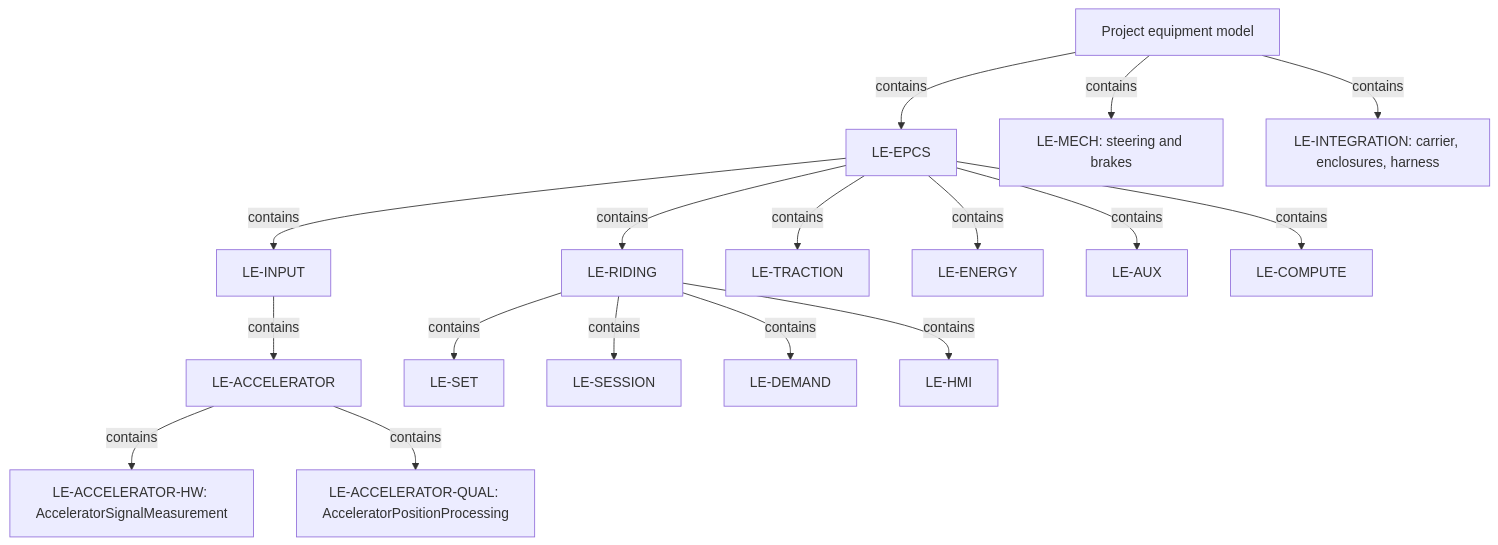
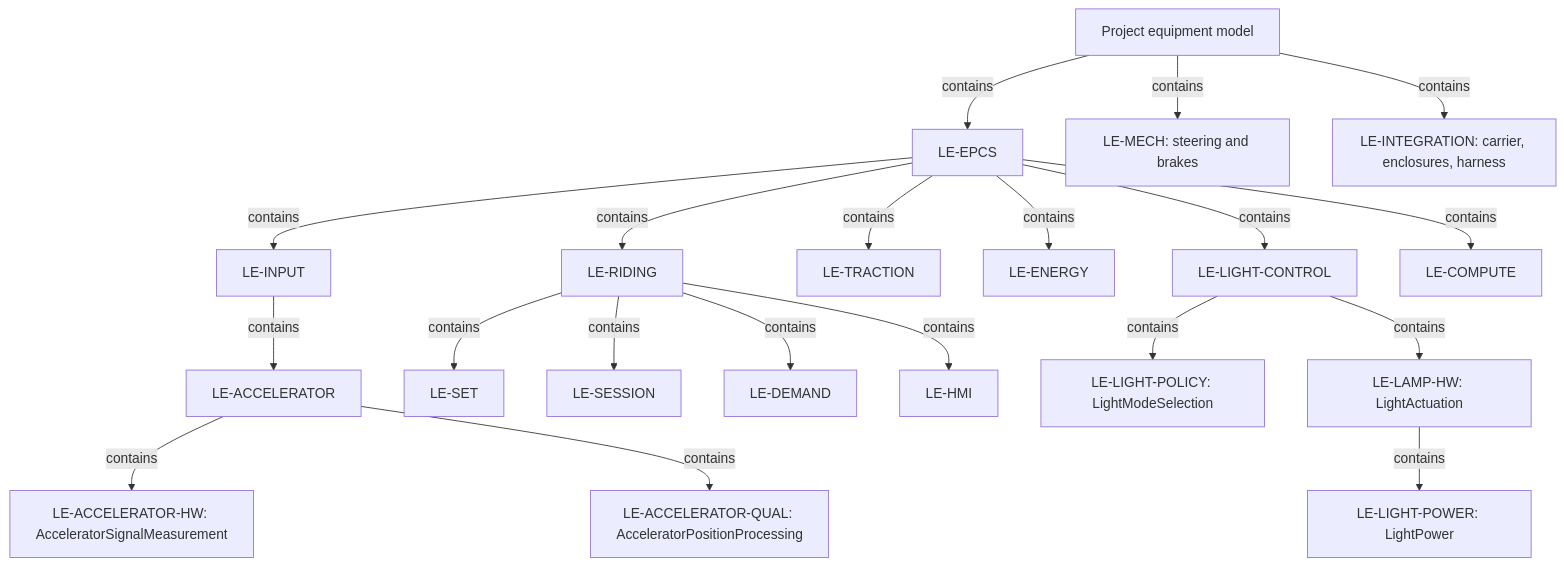
Before and after one commit to dhellhake/X2CityMCU: the first of 2 diagrams in .devenv/Architecture/SystemArchitecture/ARCH-001_System_Architecture.md, drawn with Mermaid. The commit also changed other lines of this file and 49 other files, not shown here.

Commit message:
Refactored LightControl System-Design

````diff
--- a/.devenv/Architecture/SystemArchitecture/ARCH-001_System_Architecture.md
+++ b/.devenv/Architecture/SystemArchitecture/ARCH-001_System_Architecture.md
@@ -25,19 +25,22 @@
 ```mermaid
 flowchart TB
     Context["Project equipment model"] -->|contains| EPCS["LE-EPCS"]
     Context -->|contains| Mech["LE-MECH: steering and brakes"]
     Context -->|contains| VehicleIntegration["LE-INTEGRATION: carrier, enclosures, harness"]
     EPCS -->|contains| Riding["LE-RIDING"]
     EPCS -->|contains| Input["LE-INPUT"]
     EPCS -->|contains| Traction["LE-TRACTION"]
     EPCS -->|contains| Energy["LE-ENERGY"]
-    EPCS -->|contains| Aux["LE-AUX"]
+    EPCS -->|contains| LightControl["LE-LIGHT-CONTROL"]
     EPCS -->|contains| Compute["LE-COMPUTE"]
     Input -->|contains| Accelerator["LE-ACCELERATOR"]
     Accelerator -->|contains| AcceleratorHw["LE-ACCELERATOR-HW: AcceleratorSignalMeasurement"]
     Accelerator -->|contains| AcceleratorQual["LE-ACCELERATOR-QUAL: AcceleratorPositionProcessing"]
     Riding -->|contains| Set["LE-SET"]
     Riding -->|contains| Session["LE-SESSION"]
     Riding -->|contains| Demand["LE-DEMAND"]
     Riding -->|contains| HMI["LE-HMI"]
+    LightControl -->|contains| LightModeSelection["LE-LIGHT-POLICY: LightModeSelection"]
+    LightControl -->|contains| LightActuation["LE-LAMP-HW: LightActuation"]
+    LightActuation -->|contains| LightPower["LE-LIGHT-POWER: LightPower"]
 ```
````
